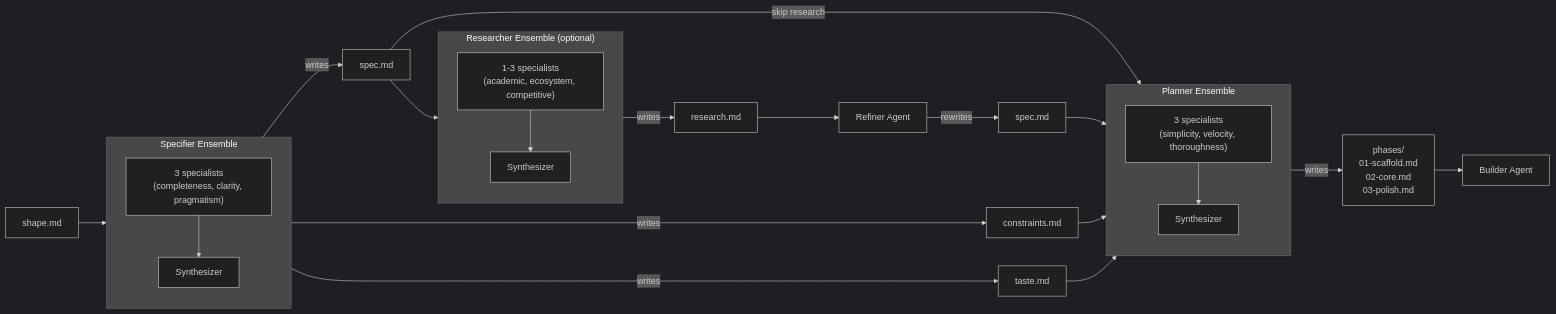
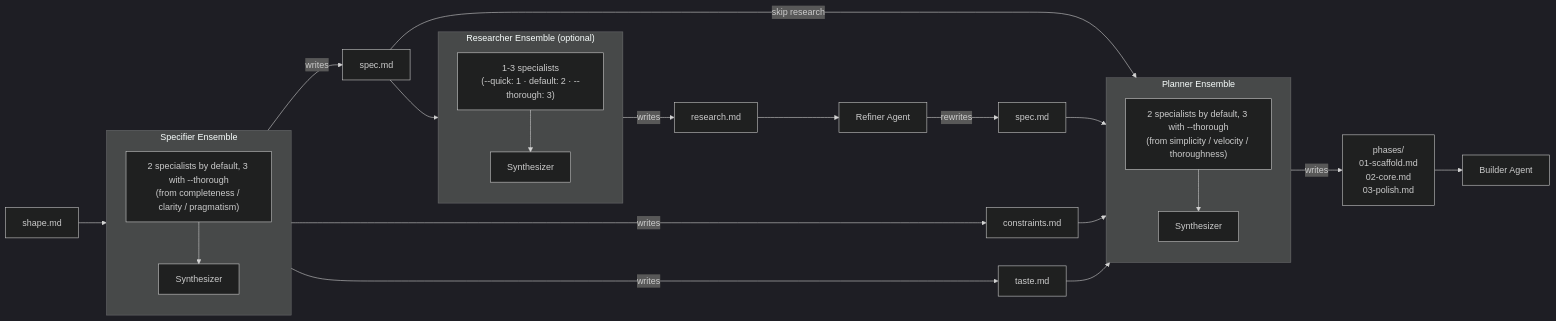
The sixth of 6 diagrams in docs/ensemble-flows.md (robmclarty/ridgeline), drawn with Mermaid (dark theme) before and after one commit. The commit also changed other lines of this file and 12 other files, not shown here.

````diff
--- a/docs/ensemble-flows.md
+++ b/docs/ensemble-flows.md
@@ -421,44 +451,44 @@
 ```mermaid
 flowchart LR
     shape[shape.md] --> spec_ensemble
 
     subgraph spec_ensemble ["Specifier Ensemble"]
         direction TB
-        s_spec["3 specialists\n(completeness, clarity, pragmatism)"]
+        s_spec["2 specialists by default, 3 with --thorough\n(from completeness / clarity / pragmatism)"]
         s_synth["Synthesizer"]
         s_spec --> s_synth
     end
 
     spec_ensemble -->|writes| spec[spec.md]
     spec_ensemble -->|writes| constraints[constraints.md]
     spec_ensemble -->|writes| taste[taste.md]
 
     spec --> research_ensemble
     spec -->|skip research| plan_ensemble
 
     subgraph research_ensemble ["Researcher Ensemble (optional)"]
         direction TB
-        r_spec["1-3 specialists\n(academic, ecosystem, competitive)"]
+        r_spec["1-3 specialists\n(--quick: 1 · default: 2 · --thorough: 3)"]
         r_synth["Synthesizer"]
         r_spec --> r_synth
     end
 
     research_ensemble -->|writes| research[research.md]
     research --> refiner[Refiner Agent]
     refiner -->|rewrites| spec2[spec.md]
     spec2 --> plan_ensemble
 
     constraints --> plan_ensemble
     taste --> plan_ensemble
 
     subgraph plan_ensemble ["Planner Ensemble"]
         direction TB
-        p_spec["3 specialists\n(simplicity, velocity, thoroughness)"]
+        p_spec["2 specialists by default, 3 with --thorough\n(from simplicity / velocity / thoroughness)"]
         p_synth["Synthesizer"]
         p_spec --> p_synth
     end
 
     plan_ensemble -->|writes| phases["phases/\n01-scaffold.md\n02-core.md\n03-polish.md"]
 
     phases --> builder[Builder Agent]
 ```
````
